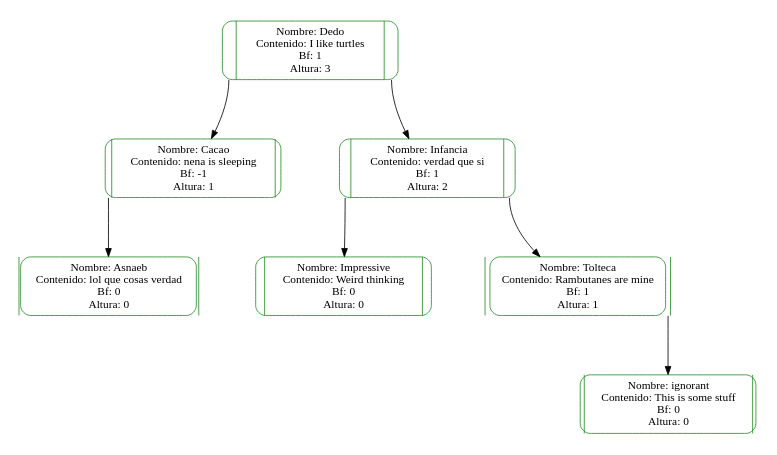
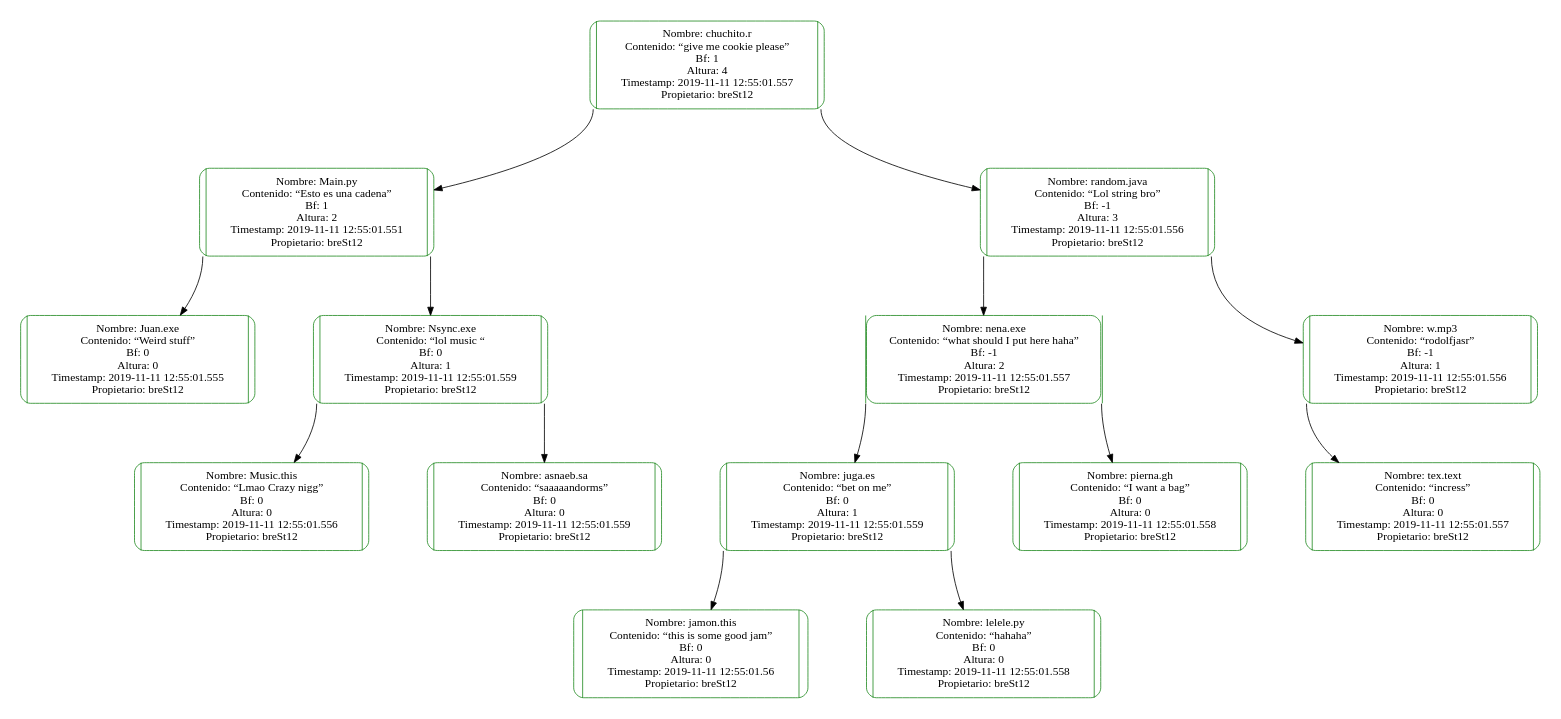
Before and after one commit to JPineda12/EDD_2S2019_PY2_201404405: the diagram in Reports/AVLTree.dot, drawn with Graphviz. The commit also changed 49 other files, not shown here.

```diff
--- a/Reports/AVLTree.dot
+++ b/Reports/AVLTree.dot
@@ -1,27 +1,48 @@
 digraph AVLTree {
     rankdir=TB;
     graph [pad=".25", ranksep="1.0", nodesep="1"];
     node [shape=record, style = rounded, color = forestgreen];
-    node [width = 3, height = 1.0, fixedsize="true"];
+    node [width = 4, height = 1.5, fixedsize="true"];
     //Nodes and links creation
-     ndDedo[label="<left> | Nombre: Dedo\nContenido: I like turtles\nBf: 1\nAltura: 3| <right>"];
-     //Links ndDedo
-     ndDedo:left->ndCacao
-     ndDedo:right->ndInfancia
-     ndCacao[label="<left> | Nombre: Cacao\nContenido: nena is sleeping\nBf: -1\nAltura: 1| <right>"];
-     //Links ndCacao
-     ndCacao:left->ndAsnaeb
-     ndAsnaeb[label="<left> | Nombre: Asnaeb\nContenido: lol que cosas verdad\nBf: 0\nAltura: 0| <right>"];
-     //Links ndAsnaeb
-     ndInfancia[label="<left> | Nombre: Infancia\nContenido: verdad que si\nBf: 1\nAltura: 2| <right>"];
-     //Links ndInfancia
-     ndInfancia:left->ndImpressive
-     ndInfancia:right->ndTolteca
-     ndImpressive[label="<left> | Nombre: Impressive\nContenido: Weird thinking\nBf: 0\nAltura: 0| <right>"];
-     //Links ndImpressive
-     ndTolteca[label="<left> | Nombre: Tolteca\nContenido: Rambutanes are mine\nBf: 1\nAltura: 1| <right>"];
-     //Links ndTolteca
-     ndTolteca:right->ndignorant
-     ndignorant[label="<left> | Nombre: ignorant\nContenido: This is some stuff\nBf: 0\nAltura: 0| <right>"];
-     //Links ndignorant
+     ndchuchitor[label="<left> | Nombre: chuchito.r\nContenido: “give me cookie please”\nBf: 1\nAltura: 4\nTimestamp: 2019-11-11 12:55:01.557\nPropietario: breSt12 | <right>"];
+     //Links ndchuchitor
+     ndchuchitor:left->ndMainpy
+     ndchuchitor:right->ndrandomjava
+     ndMainpy[label="<left> | Nombre: Main.py\nContenido: “Esto es una cadena”\nBf: 1\nAltura: 2\nTimestamp: 2019-11-11 12:55:01.551\nPropietario: breSt12 | <right>"];
+     //Links ndMainpy
+     ndMainpy:left->ndJuanexe
+     ndMainpy:right->ndNsyncexe
+     ndJuanexe[label="<left> | Nombre: Juan.exe\nContenido: “Weird stuff”\nBf: 0\nAltura: 0\nTimestamp: 2019-11-11 12:55:01.555\nPropietario: breSt12 | <right>"];
+     //Links ndJuanexe
+     ndNsyncexe[label="<left> | Nombre: Nsync.exe\nContenido: “lol music “\nBf: 0\nAltura: 1\nTimestamp: 2019-11-11 12:55:01.559\nPropietario: breSt12 | <right>"];
+     //Links ndNsyncexe
+     ndNsyncexe:left->ndMusicthis
+     ndNsyncexe:right->ndasnaebsa
+     ndMusicthis[label="<left> | Nombre: Music.this\nContenido: “Lmao Crazy nigg”\nBf: 0\nAltura: 0\nTimestamp: 2019-11-11 12:55:01.556\nPropietario: breSt12 | <right>"];
+     //Links ndMusicthis
+     ndasnaebsa[label="<left> | Nombre: asnaeb.sa\nContenido: “saaaaandorms”\nBf: 0\nAltura: 0\nTimestamp: 2019-11-11 12:55:01.559\nPropietario: breSt12 | <right>"];
+     //Links ndasnaebsa
+     ndrandomjava[label="<left> | Nombre: random.java\nContenido: “Lol string bro”\nBf: -1\nAltura: 3\nTimestamp: 2019-11-11 12:55:01.556\nPropietario: breSt12 | <right>"];
+     //Links ndrandomjava
+     ndrandomjava:left->ndnenaexe
+     ndrandomjava:right->ndwmp3
+     ndnenaexe[label="<left> | Nombre: nena.exe\nContenido: “what should I put here haha”\nBf: -1\nAltura: 2\nTimestamp: 2019-11-11 12:55:01.557\nPropietario: breSt12 | <right>"];
+     //Links ndnenaexe
+     ndnenaexe:left->ndjugaes
+     ndnenaexe:right->ndpiernagh
+     ndjugaes[label="<left> | Nombre: juga.es\nContenido: “bet on me”\nBf: 0\nAltura: 1\nTimestamp: 2019-11-11 12:55:01.559\nPropietario: breSt12 | <right>"];
+     //Links ndjugaes
+     ndjugaes:left->ndjamonthis
+     ndjugaes:right->ndlelelepy
+     ndjamonthis[label="<left> | Nombre: jamon.this\nContenido: “this is some good jam”\nBf: 0\nAltura: 0\nTimestamp: 2019-11-11 12:55:01.56\nPropietario: breSt12 | <right>"];
+     //Links ndjamonthis
+     ndlelelepy[label="<left> | Nombre: lelele.py\nContenido: “hahaha”\nBf: 0\nAltura: 0\nTimestamp: 2019-11-11 12:55:01.558\nPropietario: breSt12 | <right>"];
+     //Links ndlelelepy
+     ndpiernagh[label="<left> | Nombre: pierna.gh\nContenido: “I want a bag”\nBf: 0\nAltura: 0\nTimestamp: 2019-11-11 12:55:01.558\nPropietario: breSt12 | <right>"];
+     //Links ndpiernagh
+     ndwmp3[label="<left> | Nombre: w.mp3\nContenido: “rodolfjasr”\nBf: -1\nAltura: 1\nTimestamp: 2019-11-11 12:55:01.556\nPropietario: breSt12 | <right>"];
+     //Links ndwmp3
+     ndwmp3:left->ndtextext
+     ndtextext[label="<left> | Nombre: tex.text\nContenido: “incress”\nBf: 0\nAltura: 0\nTimestamp: 2019-11-11 12:55:01.557\nPropietario: breSt12 | <right>"];
+     //Links ndtextext
 }
```
